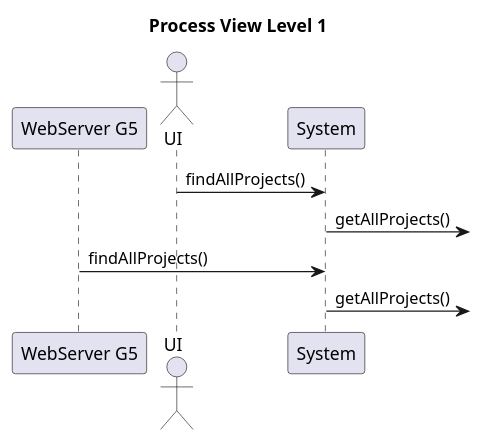
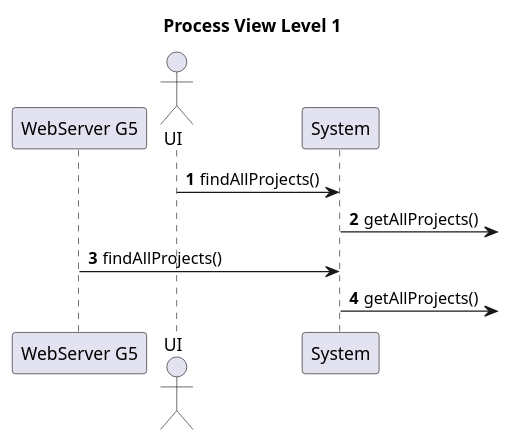
The diagram in docs/Views/Level 1/VPN1.puml (nunogon1211787/projectManagement), drawn with PlantUML before and after one commit. The commit also changed 4 other files, not shown here.

```diff
--- a/docs/Views/Level 1/VPN1.puml
+++ b/docs/Views/Level 1/VPN1.puml
@@ -1,16 +1,17 @@
 @startuml
 
 title Process View Level 1
 
-'autonumber
+
+autonumber
 
 participant "WebServer G5" as g5
 actor " UI " as ui
 participant "System" as system
 
 ui -> system: findAllProjects()
 system -> :getAllProjects()
 g5 -> system: findAllProjects()
 system -> :getAllProjects()
 
 @enduml
```
